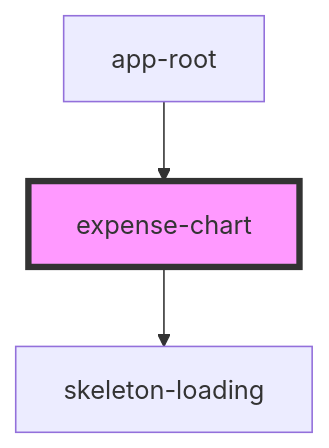
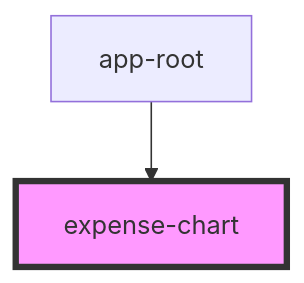
One commit to AdedayoMj/B_Stencil_Frontend changed the diagram in src/components/expense-chart/readme.md. Above: the diagram before and after it, drawn with Mermaid. The commit also changed other lines of this file and 3 other files, not shown here.

````diff
--- a/src/components/expense-chart/readme.md
+++ b/src/components/expense-chart/readme.md
@@ -23,6 +20,5 @@
 ```mermaid
 graph TD;
-  expense-chart --> skeleton-loading
   app-root --> expense-chart
   style expense-chart fill:#f9f,stroke:#333,stroke-width:4px
 ```
````
